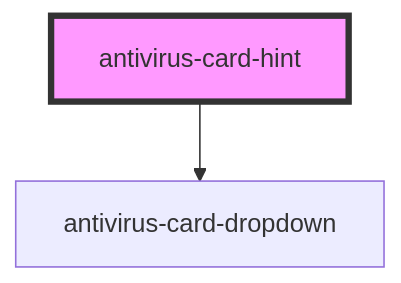
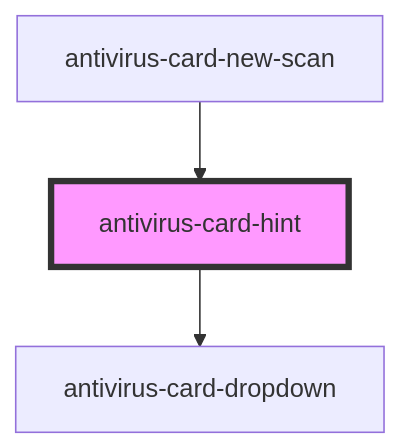
The diagram in client/packages/antivirus-card/src/components/hint/readme.md (ispsystem/plugin-imunify), drawn with Mermaid before and after one commit. The commit also changed other lines of this file and 30 other files, not shown here.

````diff
--- a/client/packages/antivirus-card/src/components/hint/readme.md
+++ b/client/packages/antivirus-card/src/components/hint/readme.md
@@ -22,5 +26,6 @@
 ```mermaid
 graph TD;
   antivirus-card-hint --> antivirus-card-dropdown
+  antivirus-card-new-scan --> antivirus-card-hint
   style antivirus-card-hint fill:#f9f,stroke:#333,stroke-width:4px
 ```
````
